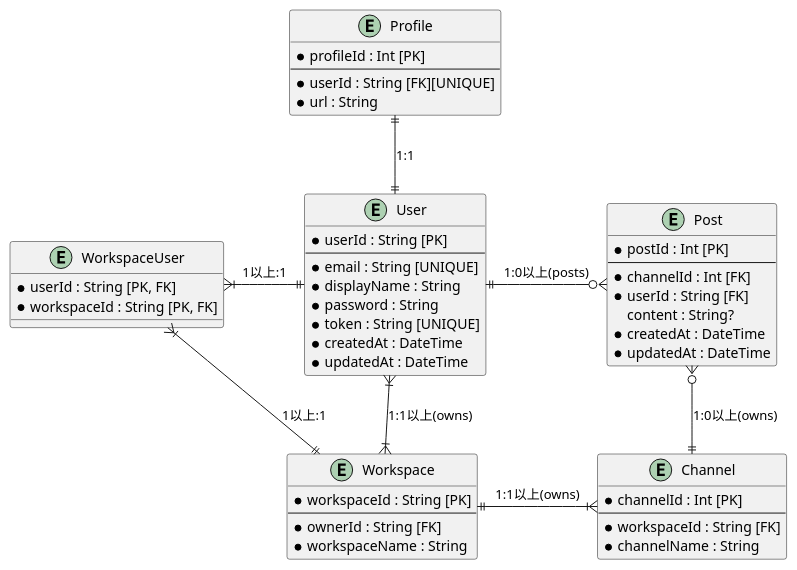
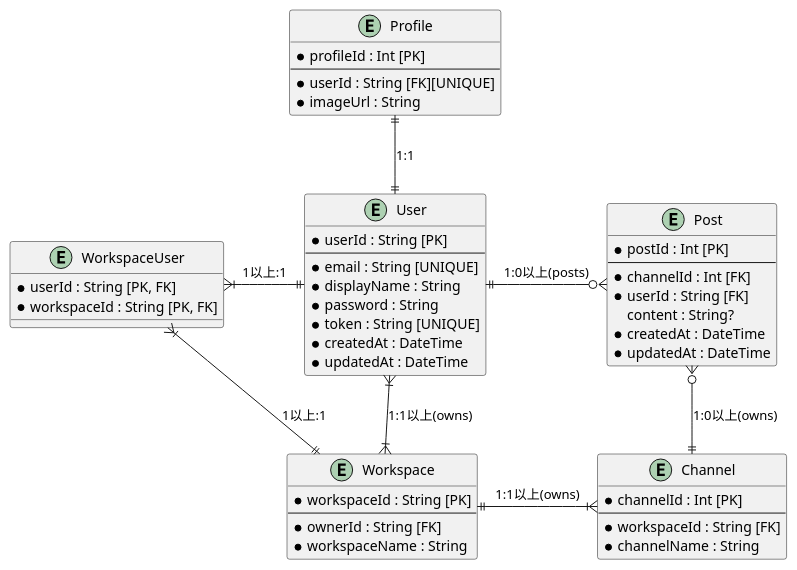
The diagram in prisma/tables.pu (oswoa/copy-slack), drawn with PlantUML before and after one commit. The commit also changed 4 other files, not shown here.

```diff
--- a/prisma/tables.pu
+++ b/prisma/tables.pu
@@ -1,77 +1,77 @@
 @startuml
 
 ' =====================
 ' Entity definitions
 ' =====================
 entity User {
   * userId : String [PK]
   --
   * email : String [UNIQUE]
   * displayName : String
   * password : String
   * token : String [UNIQUE]
   * createdAt : DateTime
   * updatedAt : DateTime
 }
 
 entity "WorkspaceUser" as WU {
   * userId : String [PK, FK]
   * workspaceId : String [PK, FK]
 }
 
 entity Workspace {
   * workspaceId : String [PK]
   --
   * ownerId : String [FK]
   * workspaceName : String
 }
 
 entity Channel {
   * channelId : Int [PK]
   --
   * workspaceId : String [FK]
   * channelName : String
 }
 
 entity Post {
   * postId : Int [PK]
   --
   * channelId : Int [FK]
   * userId : String [FK]
   content : String?
   * createdAt : DateTime
   * updatedAt : DateTime
 }
 
 entity Profile {
     * profileId : Int [PK]
     --
     * userId : String [FK][UNIQUE]
-    * url : String
+    * imageUrl : String
 }
 
 ' =====================
 ' Relationships (1:N, N:M, ownership)
 ' =====================
 ' User and WU (1:N)
 User ||-l-|{ WU : "1以上:1"
 
 ' Workspace and WU (1:N)
 Workspace ||-l-|{ WU : "1以上:1"
 
 ' User and Workspace (1:N)
 User }|--|{ Workspace : "1:1以上(owns)"
 
 ' Workspace and Channel (1:N)
 Workspace ||-r-|{ Channel : "1:1以上(owns)"
 
 ' Channel and Post (1:N)
 Channel ||-u-o{ Post : "1:0以上(owns)"
 
 ' User and Post (1:N)
 User ||-r-o{ Post : "1:0以上(posts)"
 
 ' Profile and User (1:1)
 Profile ||-d-|| User : "1:1"
 
 @enduml
```
